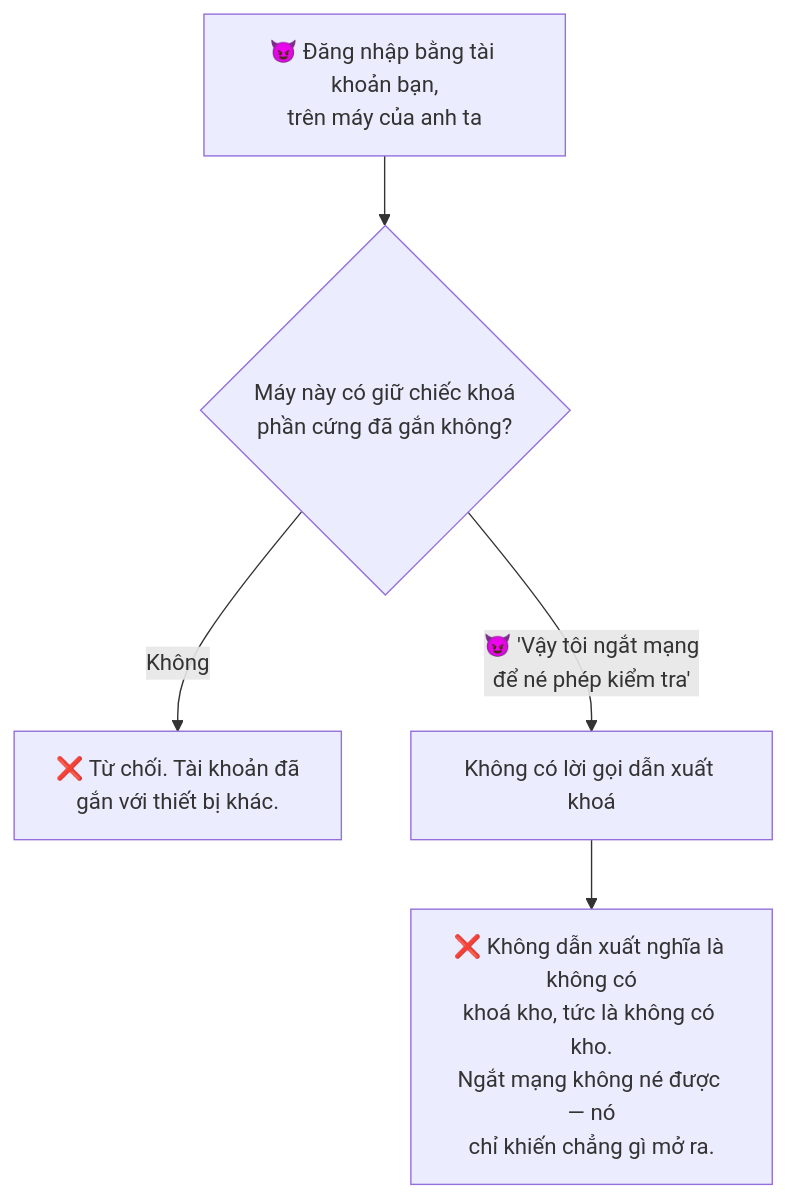
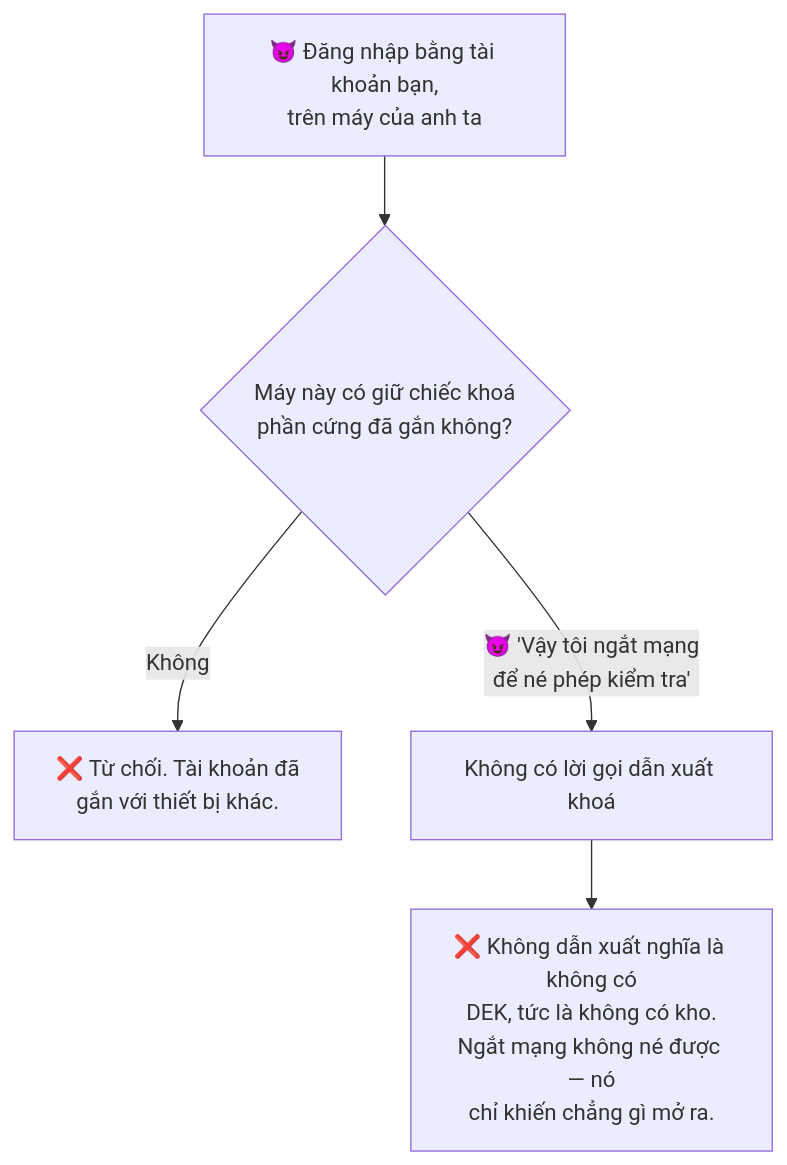
Before and after one commit to TuPhung369/passwordepic-website: the third of 12 diagrams in i18n/vi/docusaurus-plugin-content-docs/current/attack-scenarios.md, drawn with Mermaid. The commit also changed other lines of this file and 22 other files, not shown here.

````diff
--- a/i18n/vi/docusaurus-plugin-content-docs/current/attack-scenarios.md
+++ b/i18n/vi/docusaurus-plugin-content-docs/current/attack-scenarios.md
@@ -100,7 +100,7 @@
 ```mermaid
 flowchart TD
   A["😈 Đăng nhập bằng tài khoản bạn,<br/>trên máy của anh ta"] --> B{"Máy này có giữ chiếc khoá<br/>phần cứng đã gắn không?"}
   B -->|"Không"| C["❌ Từ chối. Tài khoản đã<br/>gắn với thiết bị khác."]
   B -->|"😈 'Vậy tôi ngắt mạng<br/>để né phép kiểm tra'"| D["Không có lời gọi dẫn xuất khoá"]
-  D --> E["❌ Không dẫn xuất nghĩa là không có<br/>khoá kho, tức là không có kho.<br/>Ngắt mạng không né được — nó<br/>chỉ khiến chẳng gì mở ra."]
+  D --> E["❌ Không dẫn xuất nghĩa là không có<br/>DEK, tức là không có kho.<br/>Ngắt mạng không né được — nó<br/>chỉ khiến chẳng gì mở ra."]
 ```
````
